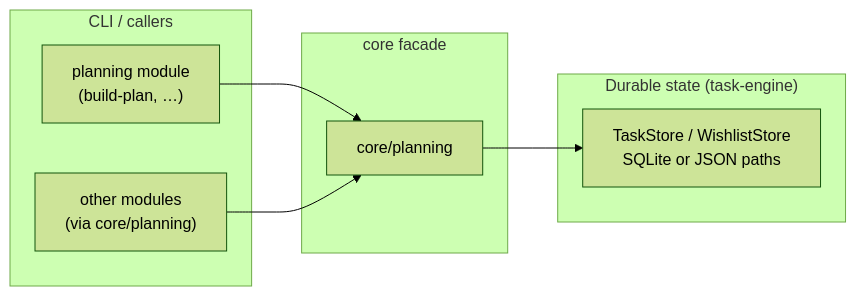
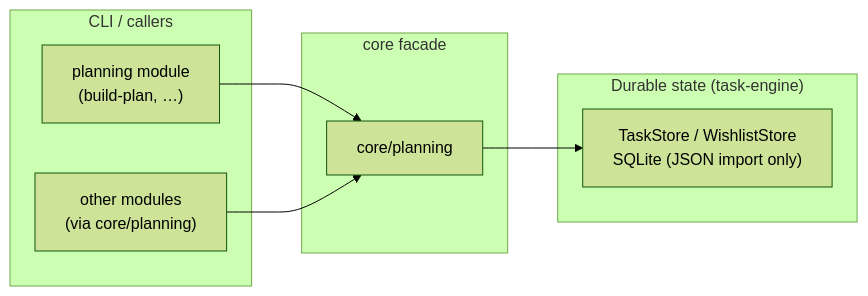
The diagram in docs/maintainers/ARCHITECTURE.md (NJLaPrell/workflow-cannon), drawn with Mermaid (forest theme) before and after one commit. The commit also changed other lines of this file and 41 other files, not shown here.

````diff
--- a/docs/maintainers/ARCHITECTURE.md
+++ b/docs/maintainers/ARCHITECTURE.md
@@ -62,16 +62,16 @@
 ```mermaid
 flowchart LR
   subgraph cli ["CLI / callers"]
     PM["planning module\n(build-plan, …)"]
     Other["other modules\n(via core/planning)"]
   end
   subgraph core ["core facade"]
     CP["core/planning"]
   end
   subgraph persist ["Durable state (task-engine)"]
-    TE["TaskStore / WishlistStore\nSQLite or JSON paths"]
+    TE["TaskStore / WishlistStore\nSQLite (JSON import only)"]
   end
   PM --> CP
   Other --> CP
   CP --> TE
 ```
````
